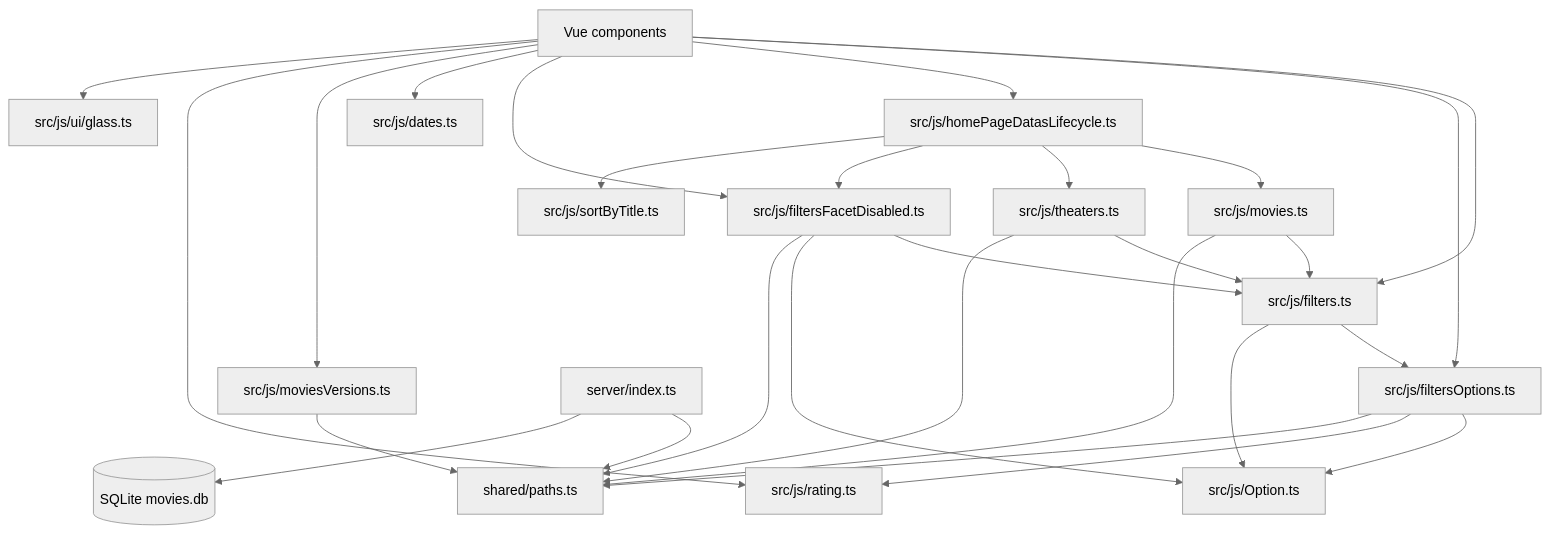
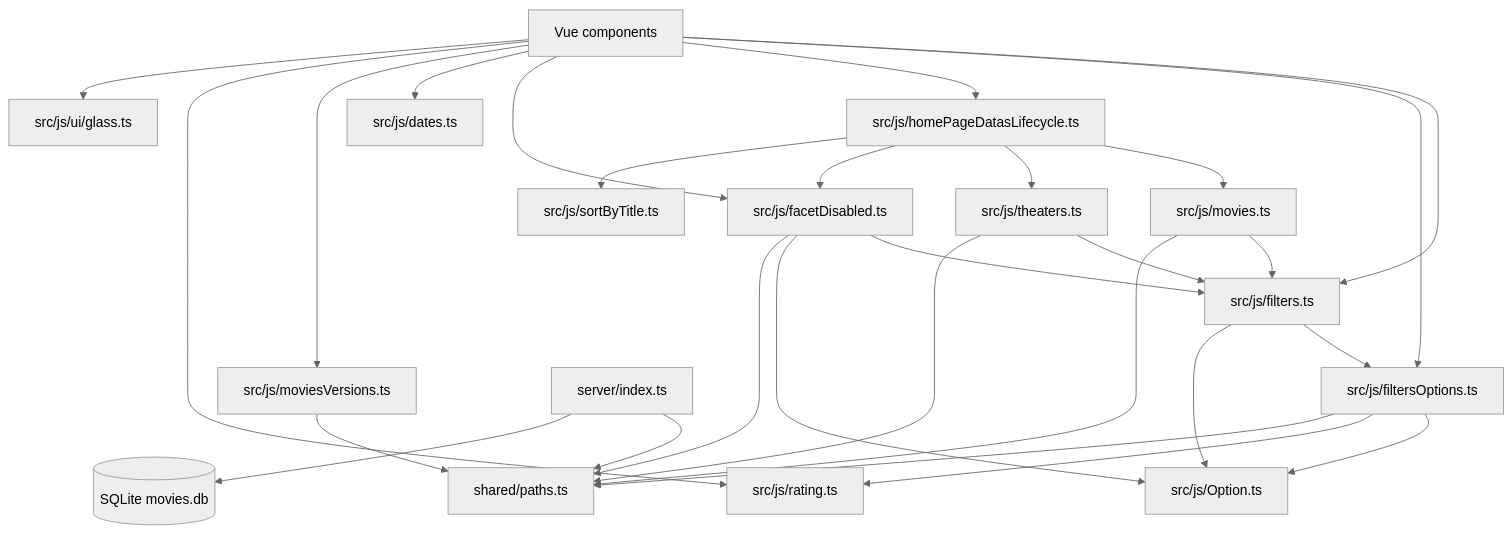
Before and after one commit to CUTFYSH1101/movie-notify: the diagram in docs/dependency-map.md, drawn with Mermaid (neutral theme). The commit also changed other lines of this file and 15 other files, not shown here.

````diff
--- a/docs/dependency-map.md
+++ b/docs/dependency-map.md
@@ -7,30 +7,30 @@
 ```mermaid
 flowchart TD
   UI[Vue components] --> Filters[src/js/filters.ts]
   UI --> Options[src/js/filtersOptions.ts]
   UI --> Lifecycle[src/js/homePageDatasLifecycle.ts]
-  UI --> Facets[src/js/filtersFacetDisabled.ts]
+  UI --> Facets[src/js/facetDisabled.ts]
   UI --> Dates[src/js/dates.ts]
   UI --> Showings[src/js/moviesVersions.ts]
   UI --> Rating[src/js/rating.ts]
   UI --> Glass[src/js/ui/glass.ts]
   Lifecycle --> Movies[src/js/movies.ts]
   Lifecycle --> Theaters[src/js/theaters.ts]
   Lifecycle --> Facets
   Lifecycle --> Sort[src/js/sortByTitle.ts]
   Facets --> Filters
   Filters --> Options
   Filters --> OptionType[src/js/Option.ts]
   Facets --> OptionType
   Options --> OptionType
   Options --> Rating
   Movies --> Filters
   Theaters --> Filters
   Movies --> Paths[shared/paths.ts]
   Theaters --> Paths
   Facets --> Paths
   Options --> Paths
   Showings --> Paths
   Server[server/index.ts] --> Paths
   Server --> DB[(SQLite movies.db)]
 ```
````
